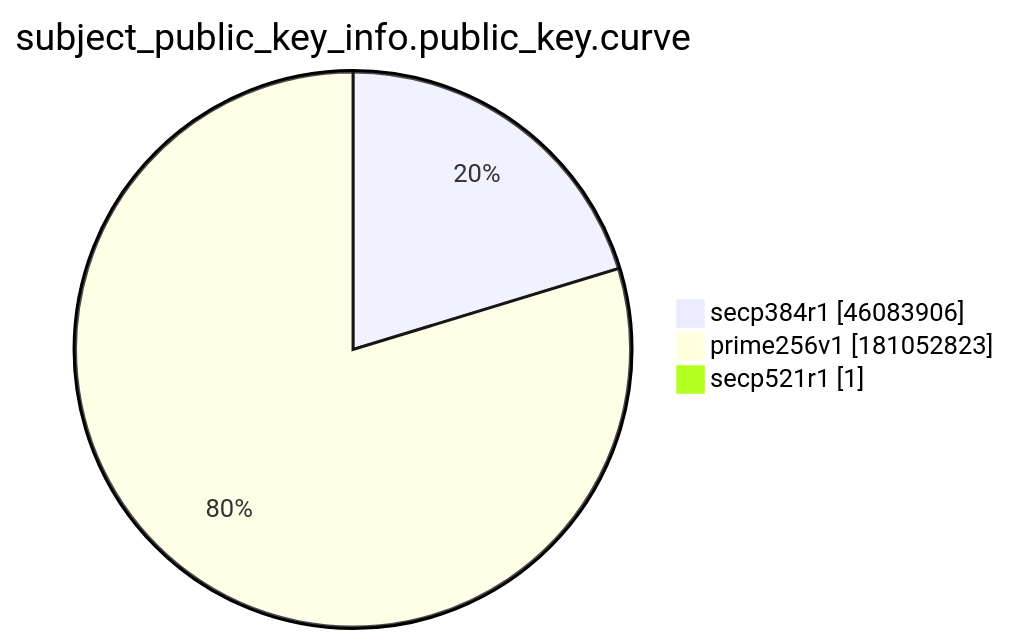
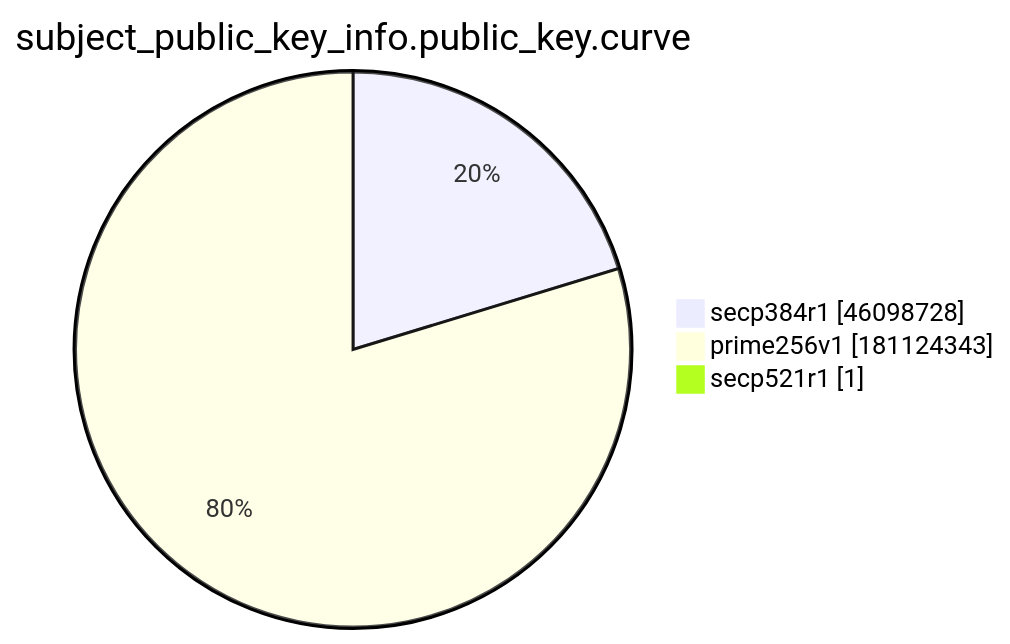
Before and after one commit to christiankrug/ctmonitor_visualization: the ninth of 15 diagrams in xenon2022/README.md, drawn with Mermaid. The commit also changed other lines of this file, not shown here.

````diff
--- a/xenon2022/README.md
+++ b/xenon2022/README.md
@@ -2874,7 +2874,7 @@
 ```mermaid
 pie showData
 title subject_public_key_info.public_key.curve
-"secp384r1" :46083906
-"prime256v1" :181052823
+"secp384r1" :46098728
+"prime256v1" :181124343
 "secp521r1" :1
 ```
````
